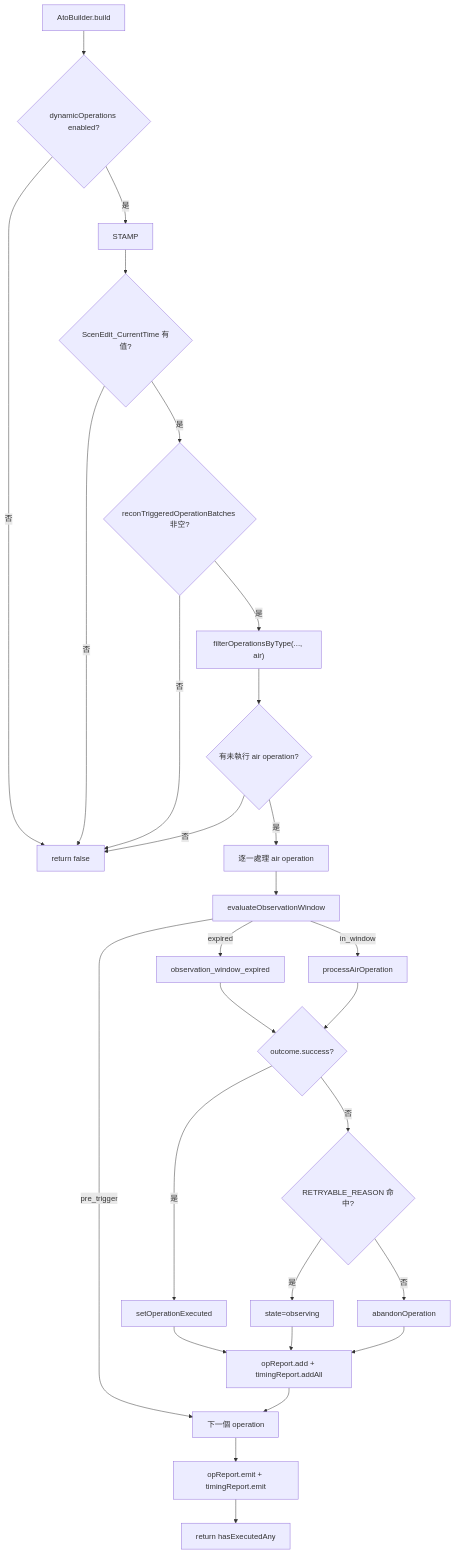
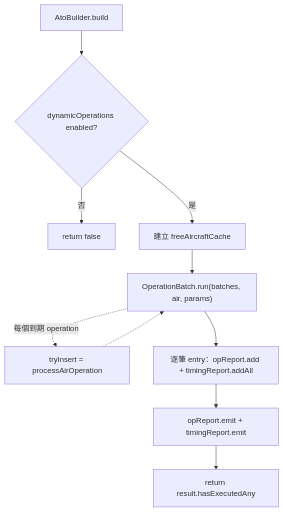
The first of 2 diagrams in docs/strikePlanner/atoBuilder.md (pullupjumper/formosa-in-flames), drawn with Mermaid before and after one commit. The commit also changed other lines of this file and 11 other files, not shown here.

First line of the commit message:
docs(strikePlanner): document OperationBatch / DynamicPlan / OperationType

````diff
--- a/docs/strikePlanner/atoBuilder.md
+++ b/docs/strikePlanner/atoBuilder.md
@@ -23,41 +23,18 @@
 ```mermaid
 flowchart TD
     ENTRY["AtoBuilder.build"]
     ENABLED{"dynamicOperations enabled?"}
-    HAS_TIME{"ScenEdit_CurrentTime 有值?"}
-    HAS_BATCH{"reconTriggeredOperationBatches 非空?"}
-    FILTER["filterOperationsByType(..., air)"]
-    HAS_AIR{"有未執行 air operation?"}
-    LOOP["逐一處理 air operation"]
-    WINDOW["evaluateObservationWindow"]
-    EXPIRED["observation_window_expired"]
-    PROCESS["processAirOperation"]
-    DISPATCH{"outcome.success?"}
-    MARK["setOperationExecuted"]
-    RETRYABLE{"RETRYABLE_REASON 命中?"}
-    OBSERVE["state=observing"]
-    ABANDON["abandonOperation"]
-    ADD_ROW["opReport.add + timingReport.addAll"]
-    NEXT["下一個 operation"]
+    STOP["return false"]
+    CACHE["建立 freeAircraftCache"]
+    RUN["OperationBatch.run(batches, air, params)"]
+    TRY["tryInsert = processAirOperation"]
+    ENTRIES["逐筆 entry：opReport.add + timingReport.addAll"]
     EMIT["opReport.emit + timingReport.emit"]
-    RETURN["return hasExecutedAny"]
-    STOP["return false"]
+    RETURN["return result.hasExecutedAny"]
 
     ENTRY --> ENABLED
     ENABLED -->|否| STOP
-    ENABLED -->|是| STAMP --> HAS_TIME
-    HAS_TIME -->|否| STOP
-    HAS_TIME -->|是| HAS_BATCH
-    HAS_BATCH -->|否| STOP
-    HAS_BATCH -->|是| FILTER --> HAS_AIR
-    HAS_AIR -->|否| STOP
-    HAS_AIR -->|是| LOOP --> WINDOW
-    WINDOW -->|pre_trigger| NEXT
-    WINDOW -->|expired| EXPIRED --> DISPATCH
-    WINDOW -->|in_window| PROCESS --> DISPATCH
-    DISPATCH -->|是| MARK --> ADD_ROW
-    DISPATCH -->|否| RETRYABLE
-    RETRYABLE -->|是| OBSERVE --> ADD_ROW
-    RETRYABLE -->|否| ABANDON --> ADD_ROW
-    ADD_ROW --> NEXT --> EMIT --> RETURN
+    ENABLED -->|是| CACHE --> RUN
+    RUN -.->|每個到期 operation| TRY -.-> RUN
+    RUN --> ENTRIES --> EMIT --> RETURN
 ```
````
